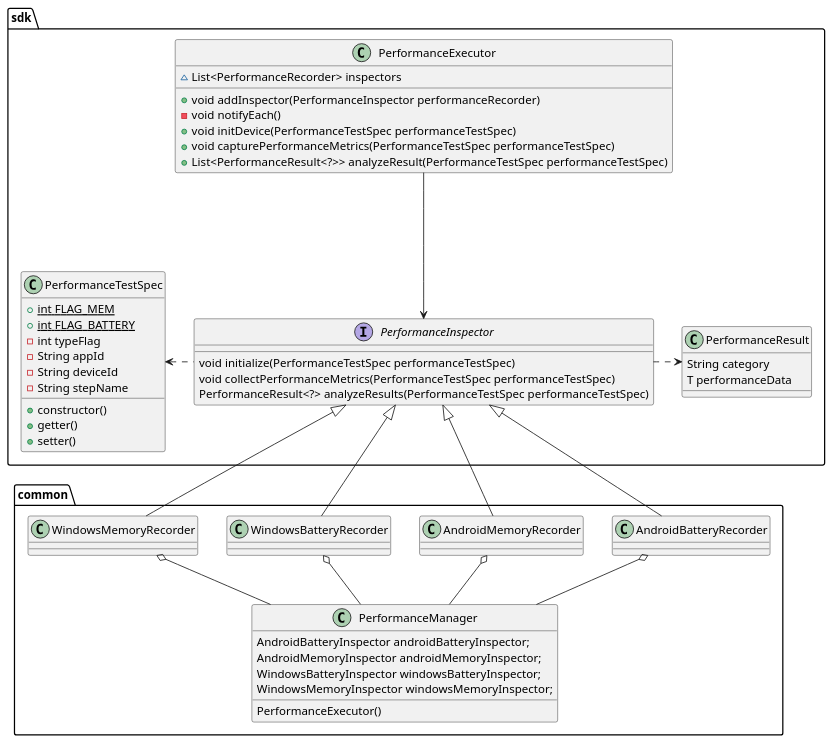
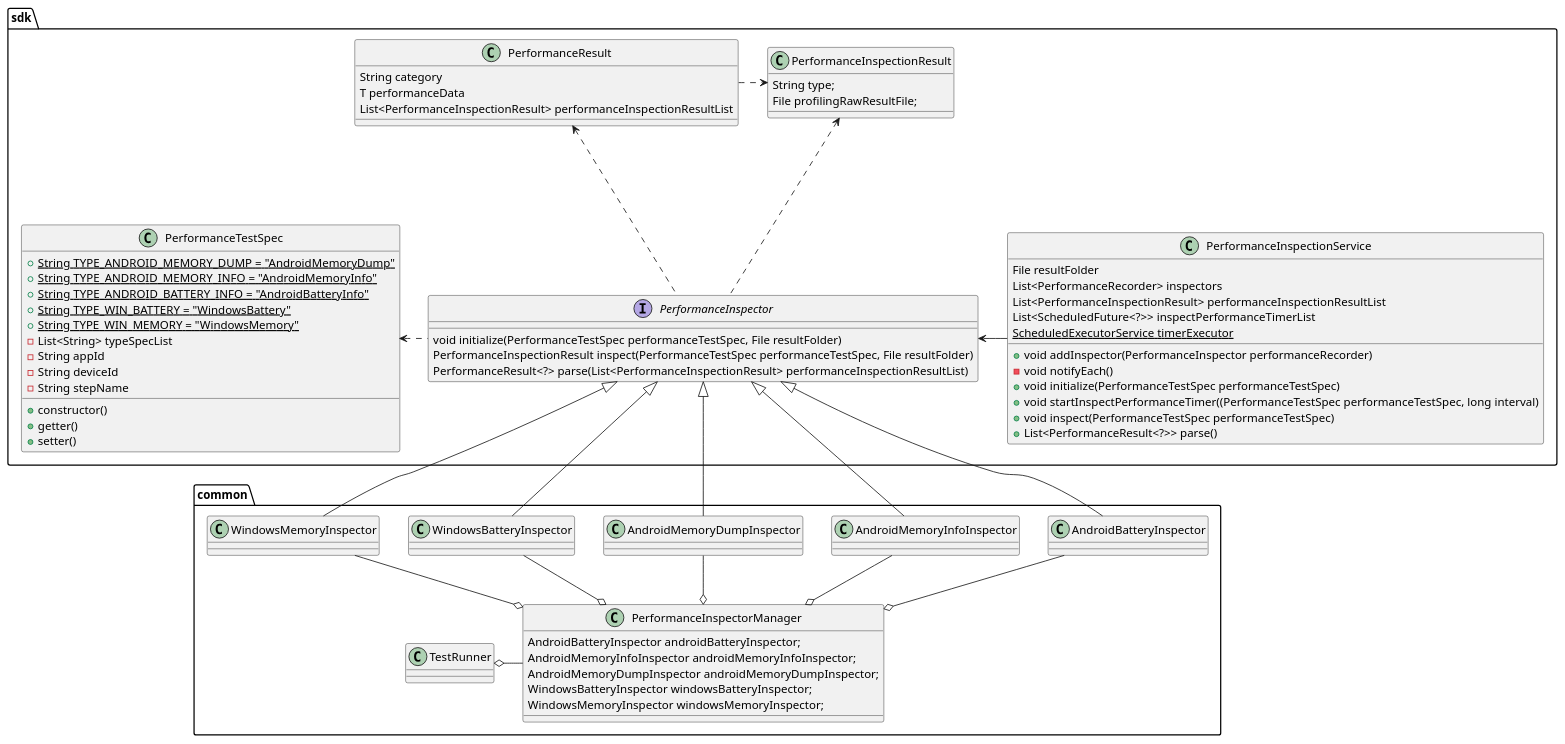
The first of 2 diagrams in agent/doc/UML/perf_design.puml (microsoft/HydraLab), drawn with PlantUML before and after one commit. The commit also changed other lines of this file and 18 other files, not shown here.

Commit message:
1. Move PerformanceManager to TestRunner 2. Change int Type to String type list 3. Build PerformanceInspectionService in TestRunner 4. Update class UML TODO: Update sequence

```diff
--- a/agent/doc/UML/perf_design.puml
+++ b/agent/doc/UML/perf_design.puml
@@ -1,61 +1,81 @@
 @startuml
 'https://plantuml.com/class-diagram'
 
 package "sdk" {
 
     class PerformanceTestSpec {
-        {static}+int FLAG_MEM
-        {static}+int FLAG_BATTERY
-        -int typeFlag
+        +{static}String TYPE_ANDROID_MEMORY_DUMP = "AndroidMemoryDump"
+        +{static}String TYPE_ANDROID_MEMORY_INFO = "AndroidMemoryInfo"
+        +{static}String TYPE_ANDROID_BATTERY_INFO = "AndroidBatteryInfo"
+        +{static}String TYPE_WIN_BATTERY = "WindowsBattery"
+        +{static}String TYPE_WIN_MEMORY = "WindowsMemory"
+        -List<String> typeSpecList
         -String appId
         -String deviceId
         -String stepName
         +constructor()
         +getter()
         +setter()
     }
     interface PerformanceInspector {
-        void initialize(PerformanceTestSpec performanceTestSpec)
-        void collectPerformanceMetrics(PerformanceTestSpec performanceTestSpec)
-        PerformanceResult<?> analyzeResults(PerformanceTestSpec performanceTestSpec)
+        void initialize(PerformanceTestSpec performanceTestSpec, File resultFolder)
+        PerformanceInspectionResult inspect(PerformanceTestSpec performanceTestSpec, File resultFolder)
+        PerformanceResult<?> parse(List<PerformanceInspectionResult> performanceInspectionResultList)
     }
 
-    class PerformanceExecutor {
-        ~List<PerformanceRecorder> inspectors
+    class PerformanceInspectionService {
+        File resultFolder
+        List<PerformanceRecorder> inspectors
+        List<PerformanceInspectionResult> performanceInspectionResultList
+        List<ScheduledFuture<?>> inspectPerformanceTimerList
+        {static} ScheduledExecutorService timerExecutor
         +void addInspector(PerformanceInspector performanceRecorder)
         -void notifyEach()
-        +void initDevice(PerformanceTestSpec performanceTestSpec)
-        +void capturePerformanceMetrics(PerformanceTestSpec performanceTestSpec)
-        +List<PerformanceResult<?>> analyzeResult(PerformanceTestSpec performanceTestSpec)
+        +void initialize(PerformanceTestSpec performanceTestSpec)
+        +void startInspectPerformanceTimer((PerformanceTestSpec performanceTestSpec, long interval)
+        +void inspect(PerformanceTestSpec performanceTestSpec)
+        +List<PerformanceResult<?>> parse()
     }
 
     class PerformanceResult {
         String category
         T performanceData
+        List<PerformanceInspectionResult> performanceInspectionResultList
+    }
+
+    class PerformanceInspectionResult {
+        String type;
+        File profilingRawResultFile;
     }
 
 
     PerformanceInspector -left..> PerformanceTestSpec
-    PerformanceInspector <---up PerformanceExecutor
-    PerformanceInspector -right..> PerformanceResult
+    PerformanceInspector -up..> PerformanceInspectionResult
+    PerformanceInspector <---right PerformanceInspectionService
+    PerformanceInspector -up..> PerformanceResult
+    PerformanceResult -right..> PerformanceInspectionResult
 }
 
 package "common" {
-    class PerformanceManager {
+    class PerformanceInspectorManager {
         AndroidBatteryInspector androidBatteryInspector;
-        AndroidMemoryInspector androidMemoryInspector;
+        AndroidMemoryInfoInspector androidMemoryInfoInspector;
+        AndroidMemoryDumpInspector androidMemoryDumpInspector;
         WindowsBatteryInspector windowsBatteryInspector;
         WindowsMemoryInspector windowsMemoryInspector;
-        PerformanceExecutor()
     }
-    PerformanceInspector <|-- AndroidBatteryRecorder
-    PerformanceInspector <|-- AndroidMemoryRecorder
-    PerformanceInspector <|-- WindowsBatteryRecorder
-    PerformanceInspector <|-- WindowsMemoryRecorder
+    PerformanceInspector <|-- AndroidBatteryInspector
+    PerformanceInspector <|-- AndroidMemoryInfoInspector
+    PerformanceInspector <|-- AndroidMemoryDumpInspector
+    PerformanceInspector <|-- WindowsBatteryInspector
+    PerformanceInspector <|-- WindowsMemoryInspector
 
-    AndroidBatteryRecorder o-- PerformanceManager
-    AndroidMemoryRecorder o-- PerformanceManager
-    WindowsBatteryRecorder o-- PerformanceManager
-    WindowsMemoryRecorder o-- PerformanceManager
+    AndroidBatteryInspector --o PerformanceInspectorManager
+    AndroidMemoryInfoInspector --o PerformanceInspectorManager
+    AndroidMemoryDumpInspector --o PerformanceInspectorManager
+    WindowsBatteryInspector --o PerformanceInspectorManager
+    WindowsMemoryInspector --o PerformanceInspectorManager
+
+    TestRunner o-r- PerformanceInspectorManager
 }
 @enduml
```
